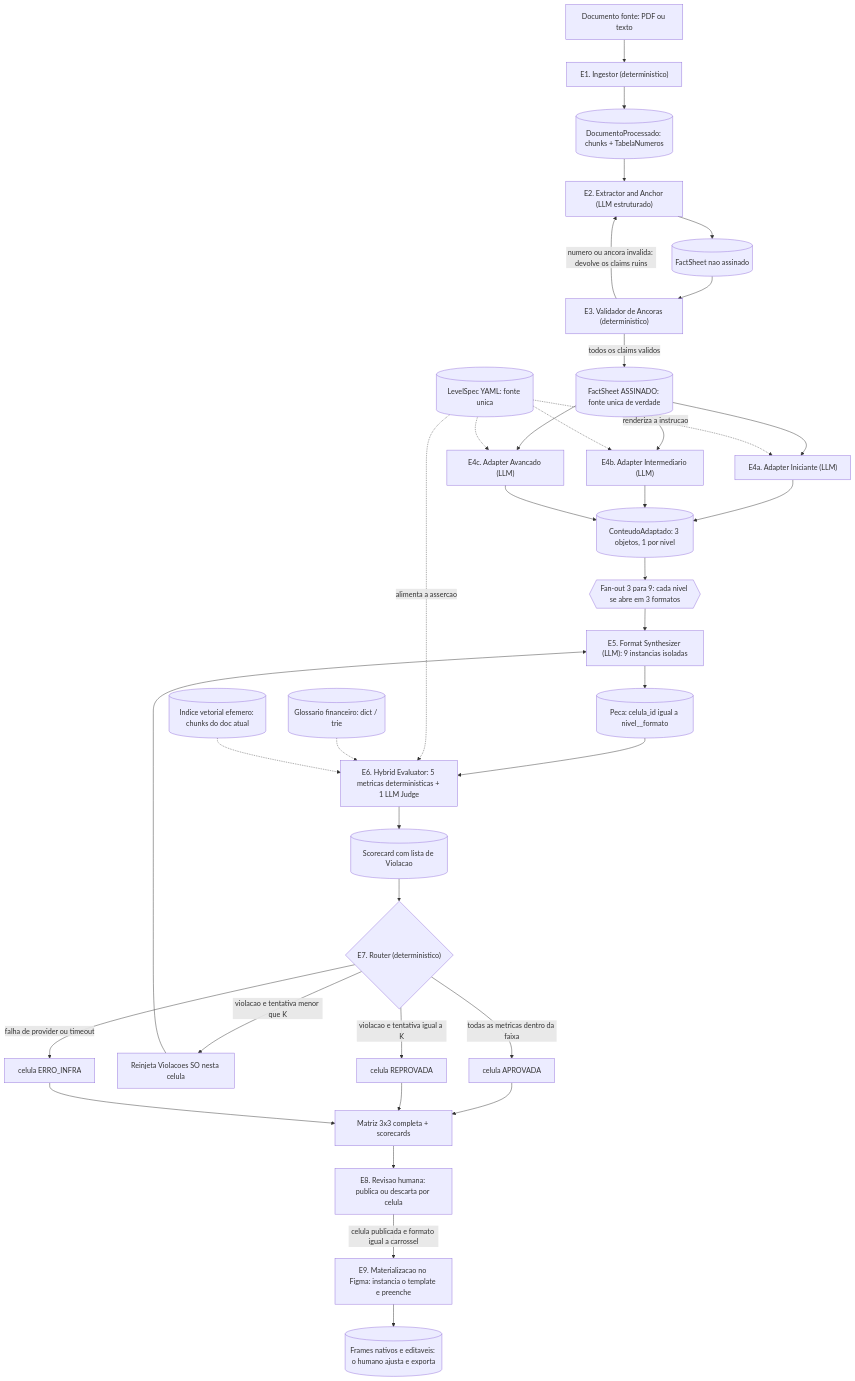
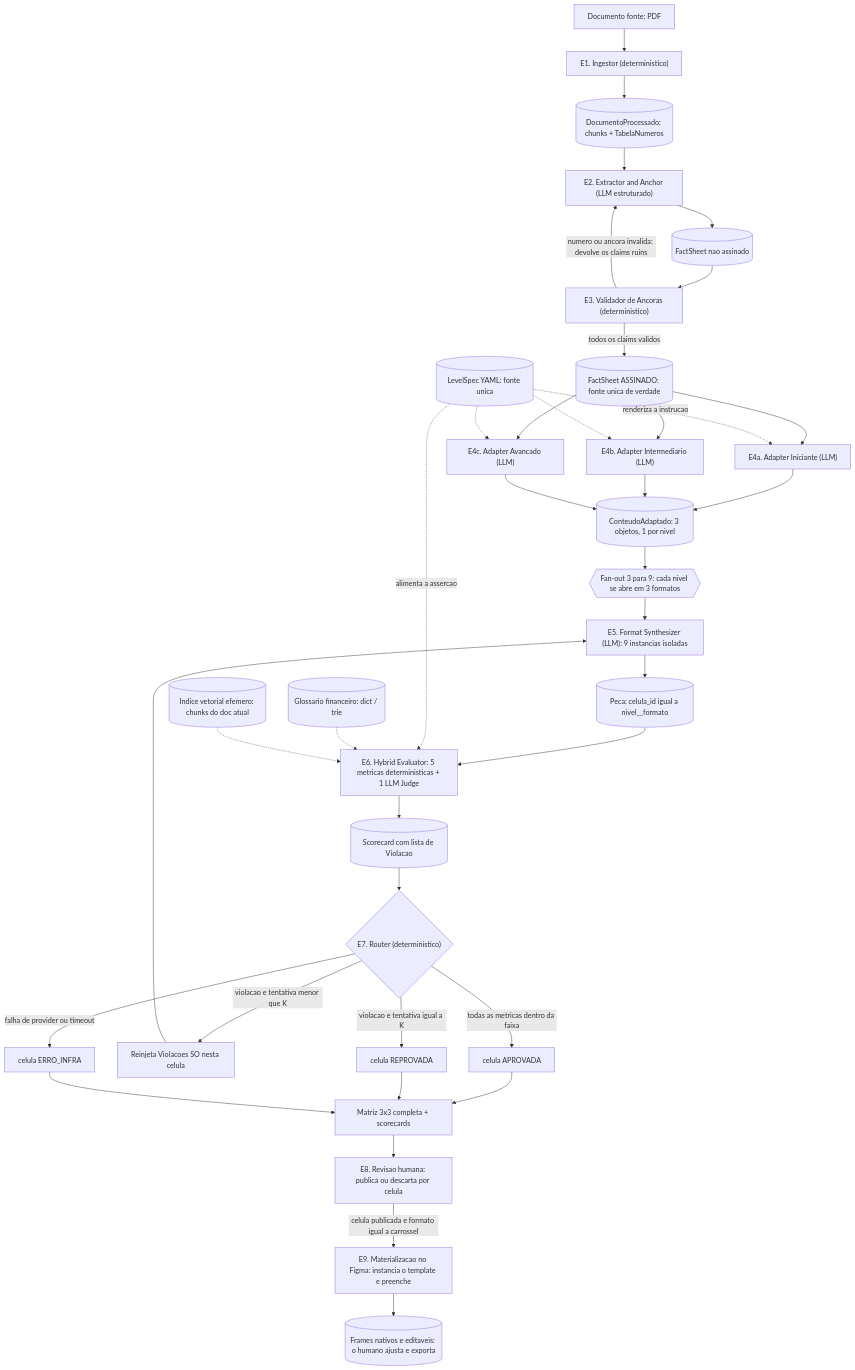
One commit to lcordeirokopke/financAI changed the first of 3 diagrams in docs/arquiteturas.md. Above: the diagram before and after it, drawn with Mermaid. The commit also changed other lines of this file and 17 other files, not shown here.

````diff
--- a/docs/arquiteturas.md
+++ b/docs/arquiteturas.md
@@ -216,45 +216,45 @@
 ```mermaid
 flowchart TD
-    DOC["Documento fonte: PDF ou texto"] --> ING["E1. Ingestor (deterministico)"]
+    DOC["Documento fonte: PDF"] --> ING["E1. Ingestor (deterministico)"]
     ING --> DP[("DocumentoProcessado: chunks + TabelaNumeros")]
     DP --> EXT["E2. Extractor and Anchor (LLM estruturado)"]
     EXT --> FSD[("FactSheet nao assinado")]
     FSD --> VAL["E3. Validador de Ancoras (deterministico)"]
     VAL -->|"numero ou ancora invalida: devolve os claims ruins"| EXT
     VAL -->|"todos os claims validos"| FS[("FactSheet ASSINADO: fonte unica de verdade")]
 
     FS --> AD1["E4a. Adapter Iniciante (LLM)"]
     FS --> AD2["E4b. Adapter Intermediario (LLM)"]
     FS --> AD3["E4c. Adapter Avancado (LLM)"]
 
     AD1 --> CA[("ConteudoAdaptado: 3 objetos, 1 por nivel")]
     AD2 --> CA
     AD3 --> CA
 
     CA --> FAN{{"Fan-out 3 para 9: cada nivel se abre em 3 formatos"}}
     FAN --> SY["E5. Format Synthesizer (LLM): 9 instancias isoladas"]
     SY --> PECA[("Peca: celula_id igual a nivel__formato")]
     PECA --> EV["E6. Hybrid Evaluator: 5 metricas deterministicas + 1 LLM Judge"]
     EV --> SC[("Scorecard com lista de Violacao")]
 
     SC --> ROUTE{"E7. Router (deterministico)"}
     ROUTE -->|"todas as metricas dentro da faixa"| OK["celula APROVADA"]
     ROUTE -->|"violacao e tentativa menor que K"| RETRY["Reinjeta Violacoes SO nesta celula"]
     RETRY --> SY
     ROUTE -->|"violacao e tentativa igual a K"| REP["celula REPROVADA"]
     ROUTE -->|"falha de provider ou timeout"| ERR["celula ERRO_INFRA"]
 
     OK --> MTX["Matriz 3x3 completa + scorecards"]
     REP --> MTX
     ERR --> MTX
     MTX --> HUM["E8. Revisao humana: publica ou descarta por celula"]
     HUM -->|"celula publicada e formato igual a carrossel"| FIG["E9. Materializacao no Figma: instancia o template e preenche"]
     FIG --> FR[("Frames nativos e editaveis: o humano ajusta e exporta")]
 
     LS[("LevelSpec YAML: fonte unica")] -.->|"renderiza a instrucao"| AD1
     LS -.-> AD2
     LS -.-> AD3
     LS -.->|"alimenta a assercao"| EV
     GL[("Glossario financeiro: dict / trie")] -.-> EV
     VDB[("Indice vetorial efemero: chunks do doc atual")] -.-> EV
 ```
````
